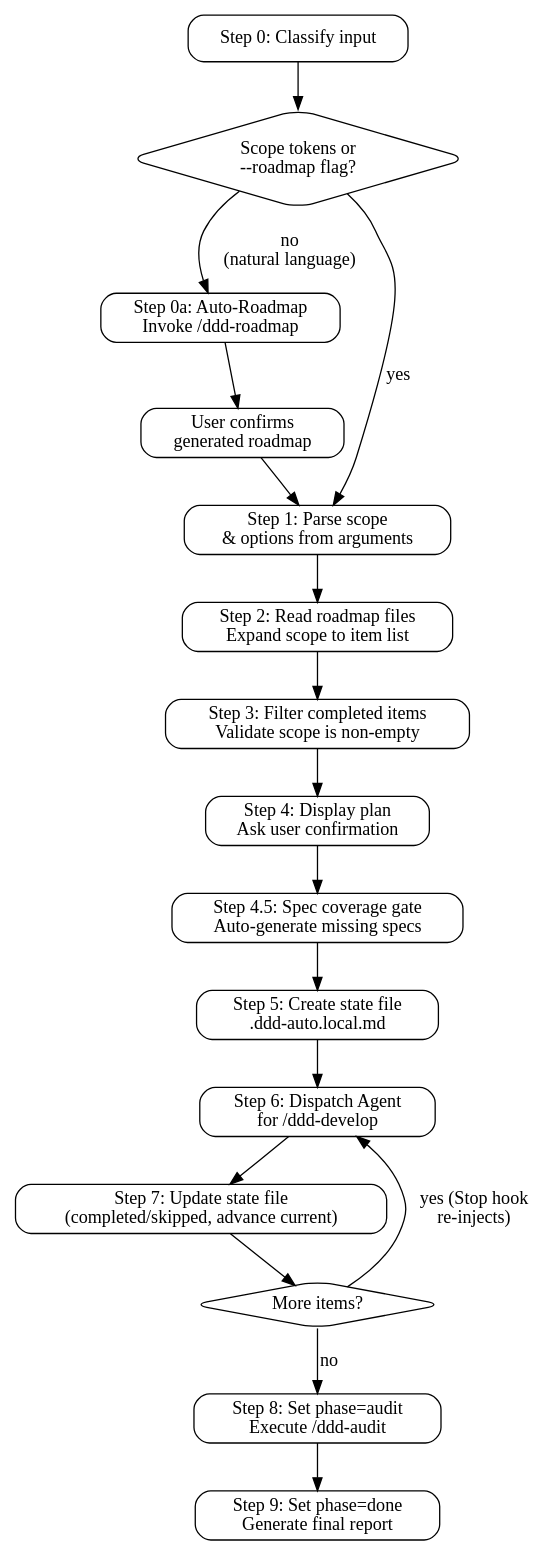
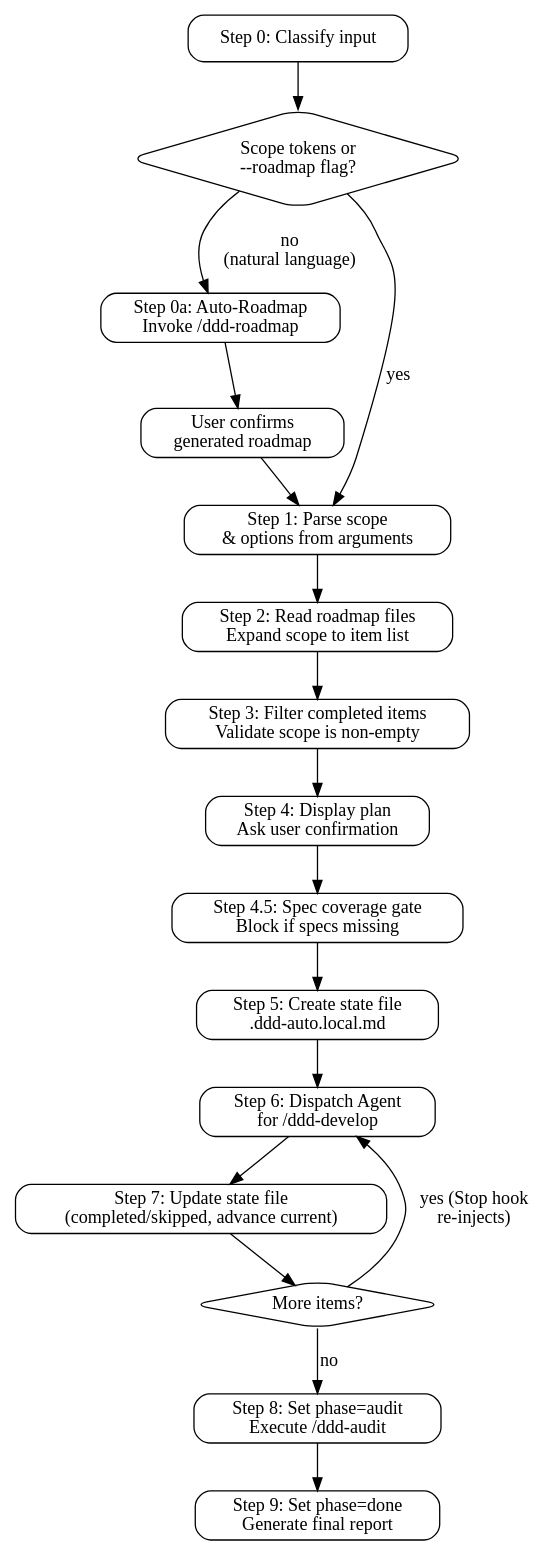
Before and after one commit to litecore-ai/ddd-coding-skills: the diagram in skills/ddd-auto/SKILL.md, drawn with Graphviz. The commit also changed other lines of this file and 11 other files, not shown here.

````diff
--- a/skills/ddd-auto/SKILL.md
+++ b/skills/ddd-auto/SKILL.md
@@ -51,33 +51,33 @@
 ```dot
 digraph ddd_auto {
   rankdir=TB;
   node [shape=box, style=rounded];
 
   classify [label="Step 0: Classify input"];
   is_scope [label="Scope tokens or\n--roadmap flag?" shape=diamond];
   auto_roadmap [label="Step 0a: Auto-Roadmap\nInvoke /ddd-roadmap"];
   confirm_roadmap [label="User confirms\ngenerated roadmap"];
   parse [label="Step 1: Parse scope\n& options from arguments"];
   read_roadmap [label="Step 2: Read roadmap files\nExpand scope to item list"];
   validate [label="Step 3: Filter completed items\nValidate scope is non-empty"];
   confirm [label="Step 4: Display plan\nAsk user confirmation"];
-  spec_check [label="Step 4.5: Spec coverage gate\nAuto-generate missing specs"];
+  spec_check [label="Step 4.5: Spec coverage gate\nBlock if specs missing"];
   create_state [label="Step 5: Create state file\n.ddd-auto.local.md"];
   develop [label="Step 6: Dispatch Agent\nfor /ddd-develop"];
   update [label="Step 7: Update state file\n(completed/skipped, advance current)"];
   check [label="More items?" shape=diamond];
   audit [label="Step 8: Set phase=audit\nExecute /ddd-audit"];
   report [label="Step 9: Set phase=done\nGenerate final report"];
 
   classify -> is_scope;
   is_scope -> parse [label="yes"];
   is_scope -> auto_roadmap [label="no\n(natural language)"];
   auto_roadmap -> confirm_roadmap -> parse;
 
   parse -> read_roadmap -> validate -> confirm -> spec_check -> create_state -> develop;
   develop -> update -> check;
   check -> develop [label="yes (Stop hook\nre-injects)"];
   check -> audit [label="no"];
   audit -> report;
 }
 ```
````
